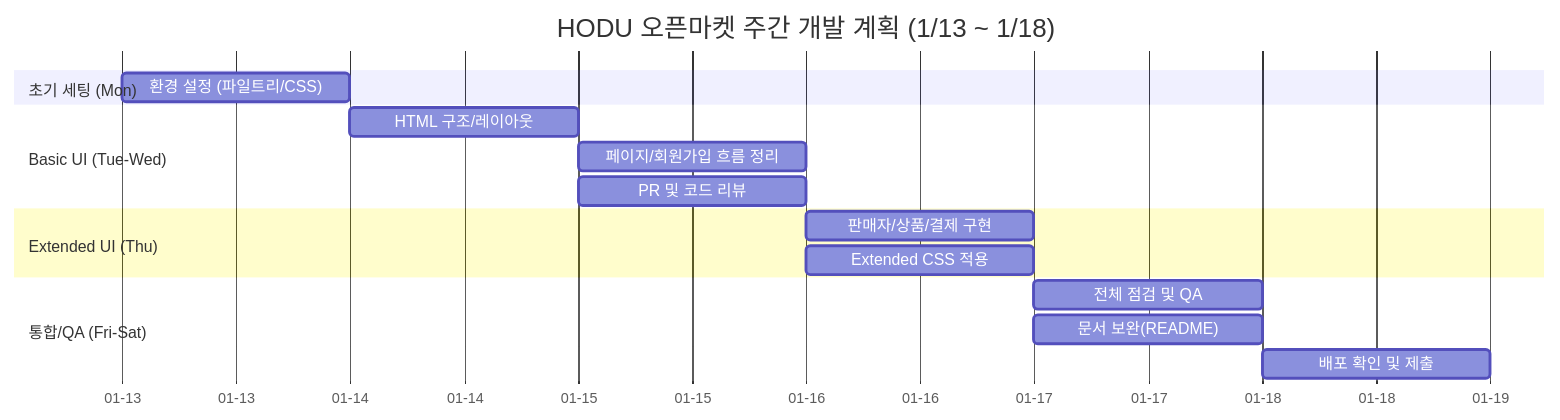
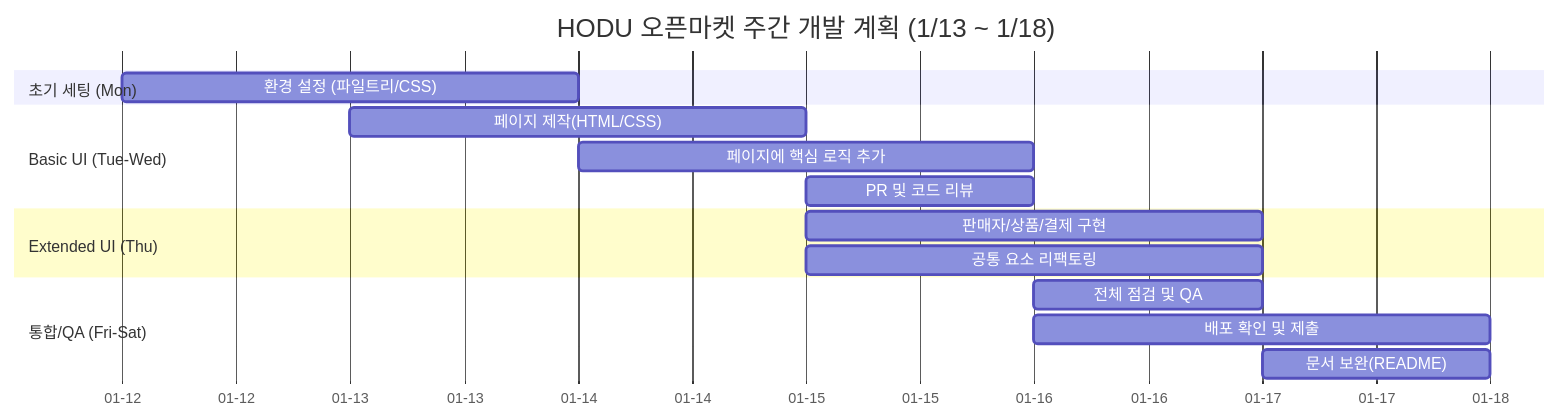
One commit to DongmyeongBack/openMarket changed the first of 4 diagrams in README.md. Above: the diagram before and after it, drawn with Mermaid.

Commit message:
wbs 일정 반영

````diff
--- a/README.md
+++ b/README.md
@@ -42,23 +42,23 @@
 ```mermaid
 gantt
     title HODU 오픈마켓 주간 개발 계획 (1/13 ~ 1/18)
     dateFormat YYYY-MM-DD
     axisFormat %m-%d
 
     section 초기 세팅 (Mon)
-        환경 설정 (파일트리/CSS)       :2026-01-13, 1d
+        환경 설정 (파일트리/CSS)       :2026-01-12, 2d
 
     section Basic UI (Tue-Wed)
-        HTML 구조/레이아웃            :2026-01-14, 1d
-        페이지/회원가입 흐름 정리      :2026-01-15, 1d
+        페이지 제작(HTML/CSS)            :2026-01-13, 2d
+        페이지에 핵심 로직 추가      :2026-01-14, 2d
         PR 및 코드 리뷰               :2026-01-15, 1d
 
     section Extended UI (Thu)
-        판매자/상품/결제 구현          :2026-01-16, 1d
-        Extended CSS 적용            :2026-01-16, 1d
+        판매자/상품/결제 구현          :2026-01-15, 2d
+        공통 요소 리팩토링            :2026-01-15, 2d
 
     section 통합/QA (Fri-Sat)
-        전체 점검 및 QA               :2026-01-17, 1d
+        전체 점검 및 QA               :2026-01-16, 1d
+        배포 확인 및 제출              :2026-01-16, 2d
         문서 보완(README)             :2026-01-17, 1d
-        배포 확인 및 제출              :2026-01-18, 1d
 ```
````
